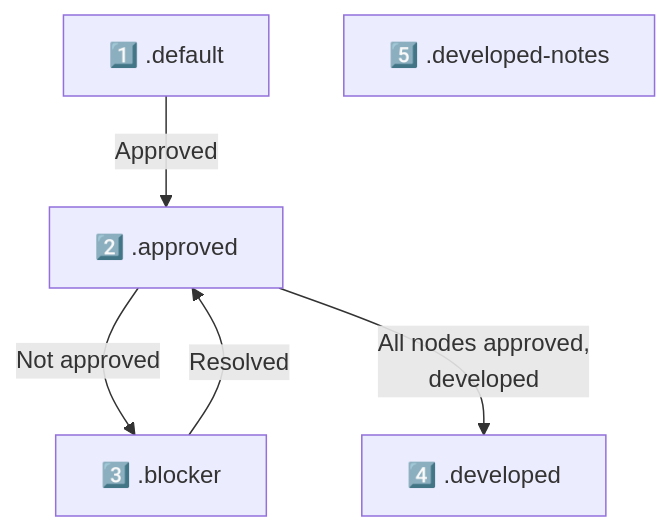
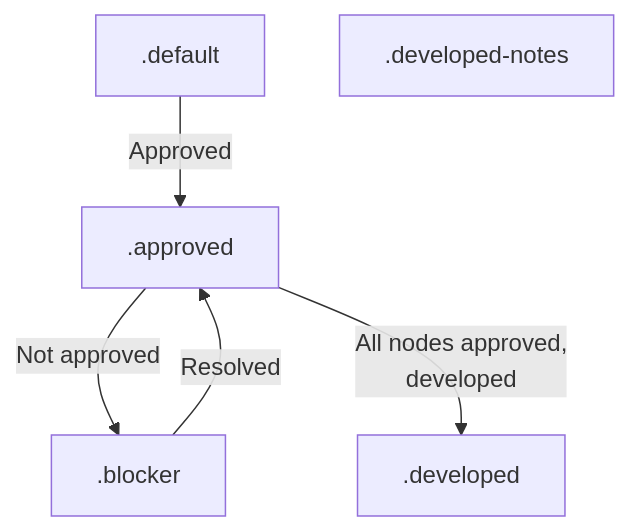
Before and after one commit to nonlinear/skills: the diagram in contract-diagram/README.md, drawn with Mermaid. The commit also changed 1 other file, not shown here.

Commit message:
Remove emojis from README nodes + rebuild SKILL diagram (trigger → check .md → open/clarify)

````diff
--- a/contract-diagram/README.md
+++ b/contract-diagram/README.md
@@ -5,13 +5,13 @@
 ```mermaid
 flowchart TD
-    DEFAULT["1️⃣ .default"]:::default
-    APPROVED["2️⃣ .approved"]:::approved
-    BLOCKER["3️⃣ .blocker"]:::blocker
-    DEVELOPED["4️⃣ .developed"]:::developed
-    DEVELOPED_NOTES["5️⃣ .developed-notes"]:::developed-notes
+    DEFAULT[".default"]:::default
+    APPROVED[".approved"]:::approved
+    BLOCKER[".blocker"]:::blocker
+    DEVELOPED[".developed"]:::developed
+    DEVELOPED_NOTES[".developed-notes"]:::developed-notes
     
     DEFAULT -->|"Approved"| APPROVED
     APPROVED -->|"Not approved"| BLOCKER
     BLOCKER -->|"Resolved"| APPROVED
     APPROVED -->|"All nodes approved,<br/>developed"| DEVELOPED
 ```
````
